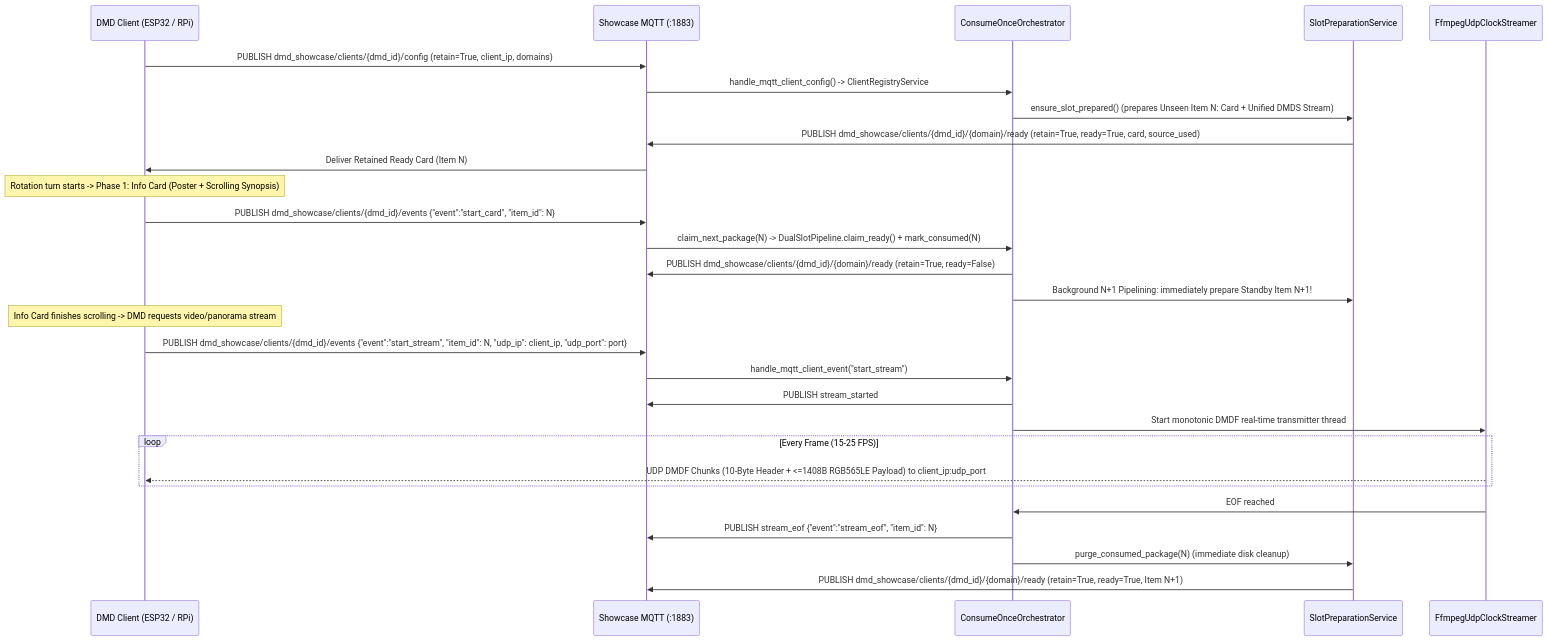
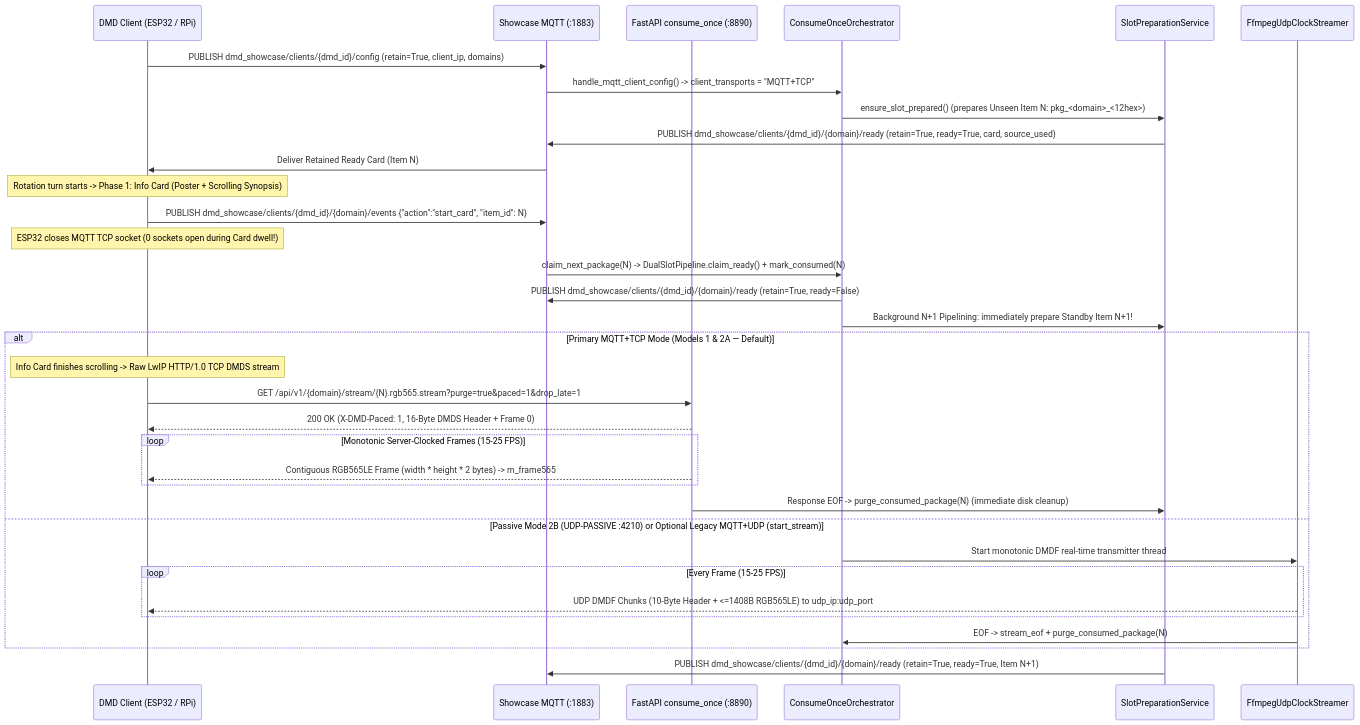
The second of 2 diagrams in docs/ARCHITECTURE.md (red77290/dmd_media_showcase), drawn with Mermaid before and after one commit. The commit also changed other lines of this file and 26 other files, not shown here.

First line of the commit message:
feat(stream): align default ESP32 transport on MQTT+TCP DMDS and compact item_id

````diff
--- a/docs/ARCHITECTURE.md
+++ b/docs/ARCHITECTURE.md
@@ -133,33 +145,39 @@
 ```mermaid
 sequenceDiagram
     participant DMD as DMD Client (ESP32 / RPi)
     participant MQTT as Showcase MQTT (:1883)
+    participant HTTP as FastAPI consume_once (:8890)
     participant ORCH as ConsumeOnceOrchestrator
     participant PREP as SlotPreparationService
     participant FFMPEG as FfmpegUdpClockStreamer
 
     DMD->>MQTT: PUBLISH dmd_showcase/clients/{dmd_id}/config (retain=True, client_ip, domains)
-    MQTT->>ORCH: handle_mqtt_client_config() -> ClientRegistryService
-    ORCH->>PREP: ensure_slot_prepared() (prepares Unseen Item N: Card + Unified DMDS Stream)
+    MQTT->>ORCH: handle_mqtt_client_config() -> client_transports = "MQTT+TCP"
+    ORCH->>PREP: ensure_slot_prepared() (prepares Unseen Item N: pkg_<domain>_<12hex>)
     PREP->>MQTT: PUBLISH dmd_showcase/clients/{dmd_id}/{domain}/ready (retain=True, ready=True, card, source_used)
     MQTT->>DMD: Deliver Retained Ready Card (Item N)
 
     Note over DMD: Rotation turn starts -> Phase 1: Info Card (Poster + Scrolling Synopsis)
-    DMD->>MQTT: PUBLISH dmd_showcase/clients/{dmd_id}/events {"event":"start_card", "item_id": N}
+    DMD->>MQTT: PUBLISH dmd_showcase/clients/{dmd_id}/{domain}/events {"action":"start_card", "item_id": N}
+    Note over DMD: ESP32 closes MQTT TCP socket (0 sockets open during Card dwell!)
     MQTT->>ORCH: claim_next_package(N) -> DualSlotPipeline.claim_ready() + mark_consumed(N)
     ORCH->>MQTT: PUBLISH dmd_showcase/clients/{dmd_id}/{domain}/ready (retain=True, ready=False)
     ORCH->>PREP: Background N+1 Pipelining: immediately prepare Standby Item N+1!
 
-    Note over DMD: Info Card finishes scrolling -> DMD requests video/panorama stream
-    DMD->>MQTT: PUBLISH dmd_showcase/clients/{dmd_id}/events {"event":"start_stream", "item_id": N, "udp_ip": client_ip, "udp_port": port}
-    MQTT->>ORCH: handle_mqtt_client_event("start_stream")
-    ORCH->>MQTT: PUBLISH stream_started
-    ORCH->>FFMPEG: Start monotonic DMDF real-time transmitter thread
-    loop Every Frame (15-25 FPS)
-        FFMPEG-->>DMD: UDP DMDF Chunks (10-Byte Header + <=1408B RGB565LE Payload) to client_ip:udp_port
+    alt Primary MQTT+TCP Mode (Models 1 & 2A — Default)
+        Note over DMD: Info Card finishes scrolling -> Raw LwIP HTTP/1.0 TCP DMDS stream
+        DMD->>HTTP: GET /api/v1/{domain}/stream/{N}.rgb565.stream?purge=true&paced=1&drop_late=1
+        HTTP-->>DMD: 200 OK (X-DMD-Paced: 1, 16-Byte DMDS Header + Frame 0)
+        loop Monotonic Server-Clocked Frames (15-25 FPS)
+            HTTP-->>DMD: Contiguous RGB565LE Frame (width * height * 2 bytes) -> m_frame565
+        end
+        HTTP->>PREP: Response EOF -> purge_consumed_package(N) (immediate disk cleanup)
+    else Passive Mode 2B (UDP-PASSIVE :4210) or Optional Legacy MQTT+UDP (start_stream)
+        ORCH->>FFMPEG: Start monotonic DMDF real-time transmitter thread
+        loop Every Frame (15-25 FPS)
+            FFMPEG-->>DMD: UDP DMDF Chunks (10-Byte Header + <=1408B RGB565LE) to udp_ip:udp_port
+        end
+        FFMPEG->>ORCH: EOF -> stream_eof + purge_consumed_package(N)
     end
-    FFMPEG->>ORCH: EOF reached
-    ORCH->>MQTT: PUBLISH stream_eof {"event":"stream_eof", "item_id": N}
-    ORCH->>PREP: purge_consumed_package(N) (immediate disk cleanup)
     PREP->>MQTT: PUBLISH dmd_showcase/clients/{dmd_id}/{domain}/ready (retain=True, ready=True, Item N+1)
 ```
````
